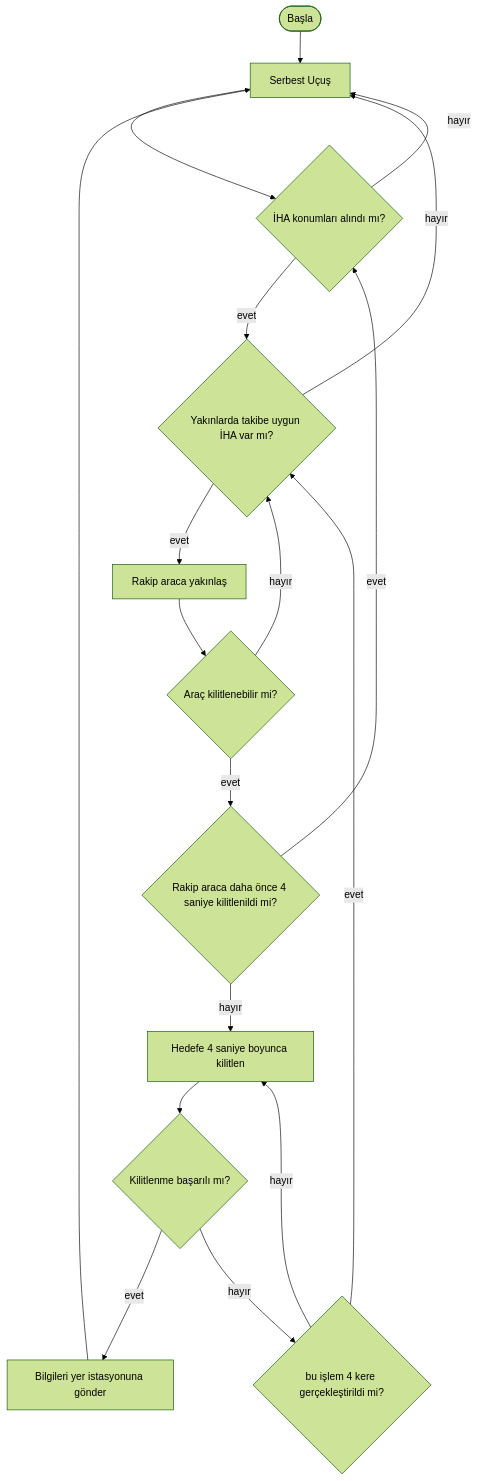
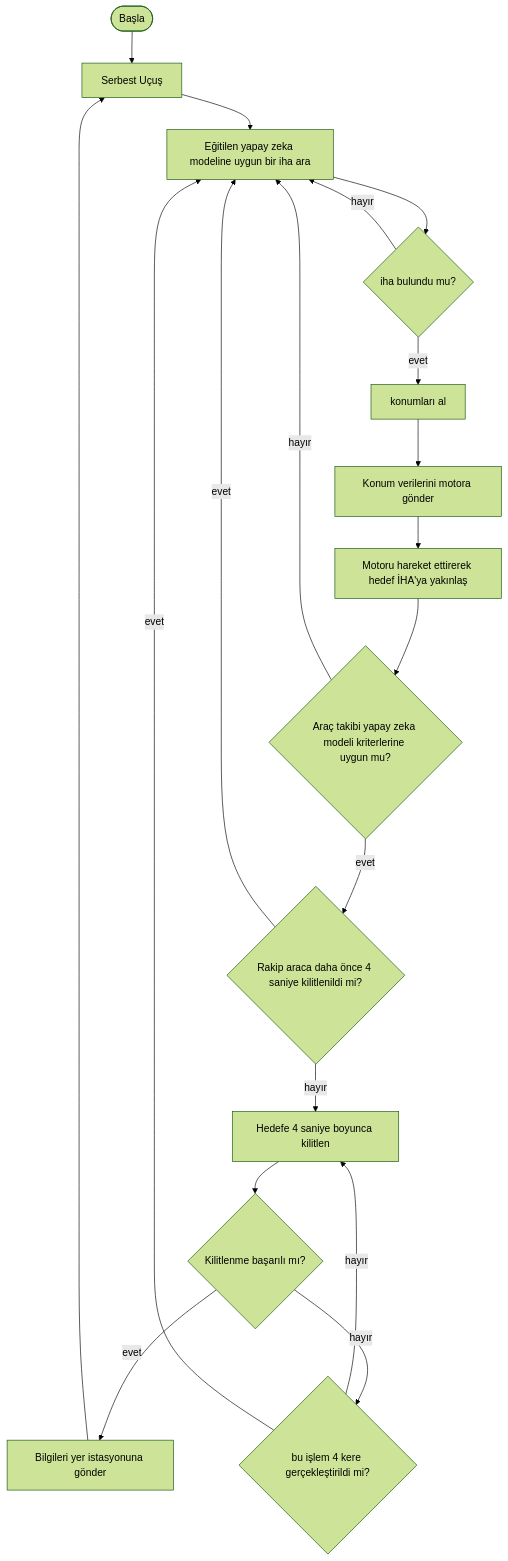
Before and after one commit to Merdema/Flowchart: the diagram in chart.md, drawn with Mermaid (forest theme).

Commit message:
Son düzenlemeler yapıldı

````diff
--- a/chart.md
+++ b/chart.md
@@ -1,20 +1,21 @@
 ``` mermaid
 flowchart TD
 Start([Başla])-->SU[Serbest Uçuş]
-SU-->Tespit{İHA konumları alındı mı?}
-Tespit-- evet -->uygun{Yakınlarda takibe uygun İHA var mı?}
-Tespit-- hayır --> SU
-uygun-- evet --> yaklaş[Rakip araca yakınlaş]
-uygun-- hayır -->SU
-yaklaş-->kilit{Araç kilitlenebilir mi?}
-kilit-- hayır -->uygun
-kilit-- evet -->ilk{Rakip araca daha önce 4 saniye kilitlenildi mi?}
+SU-->Tespit[Eğitilen yapay zeka modeline uygun bir iha ara]
+Tespit-->bul{iha bulundu mu?}
+bul-- evet --> konum[konumları al]
+bul-- hayır -->Tespit
+konum-->motor[Konum verilerini motora gönder]
+motor-->hareket[Motoru hareket ettirerek hedef İHA'ya yakınlaş]
+hareket-->uygun{Araç takibi yapay zeka modeli kriterlerine uygun mu?}
+uygun-- hayır -->Tespit
+uygun-- evet -->ilk{Rakip araca daha önce 4 saniye kilitlenildi mi?}
 ilk-- evet -->Tespit
 ilk-- hayır -->kilit1[Hedefe 4 saniye boyunca kilitlen]
 kilit1-->sonuç{Kilitlenme başarılı mı?}
 sonuç-- evet -->feedback[Bilgileri yer istasyonuna gönder]
 sonuç-- hayır -->sorgu{bu işlem 4 kere gerçekleştirildi mi?}
 sorgu-- hayır -->kilit1
-sorgu-- evet -->uygun
+sorgu-- evet -->Tespit
 feedback-->SU
 ```
````
